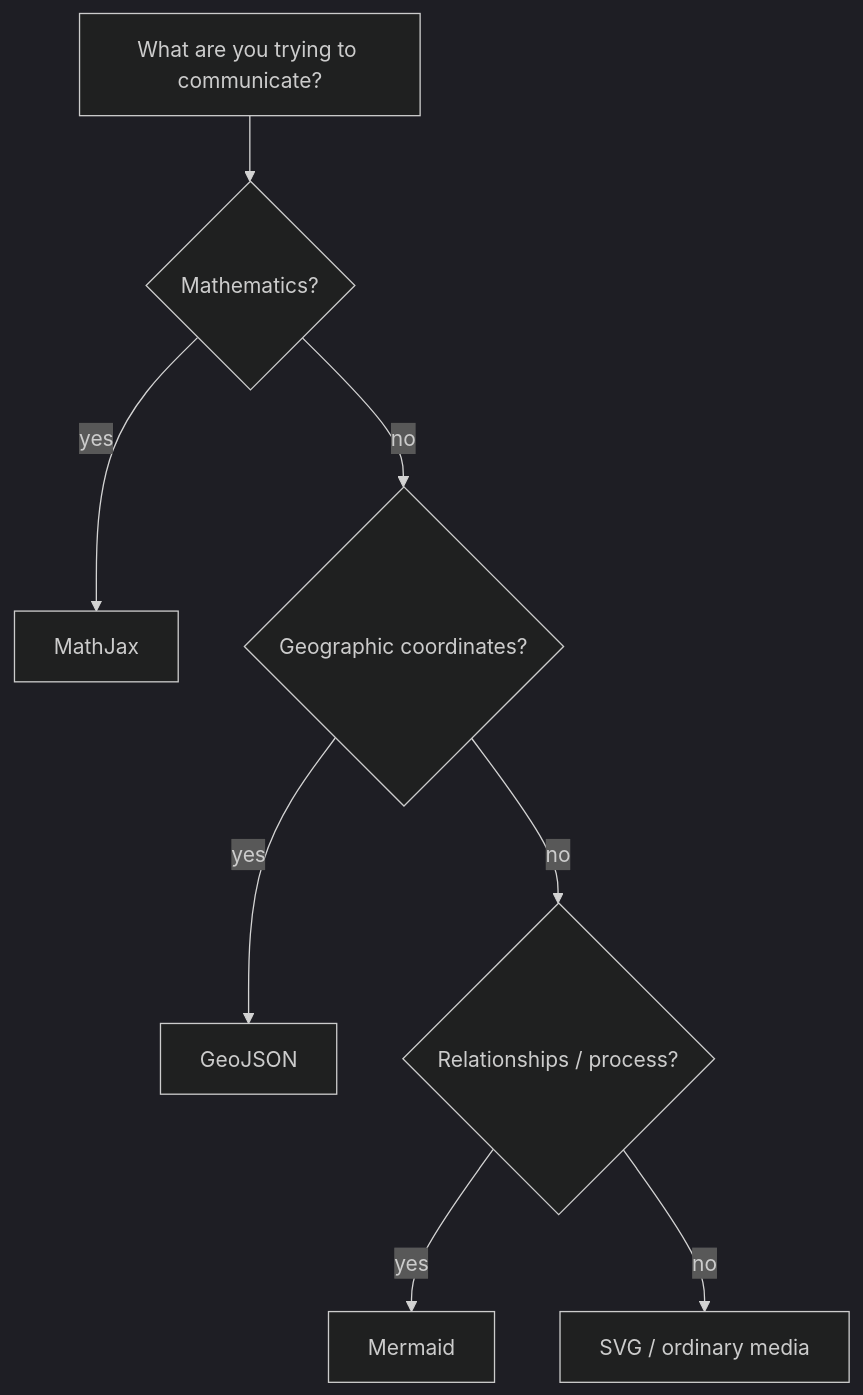
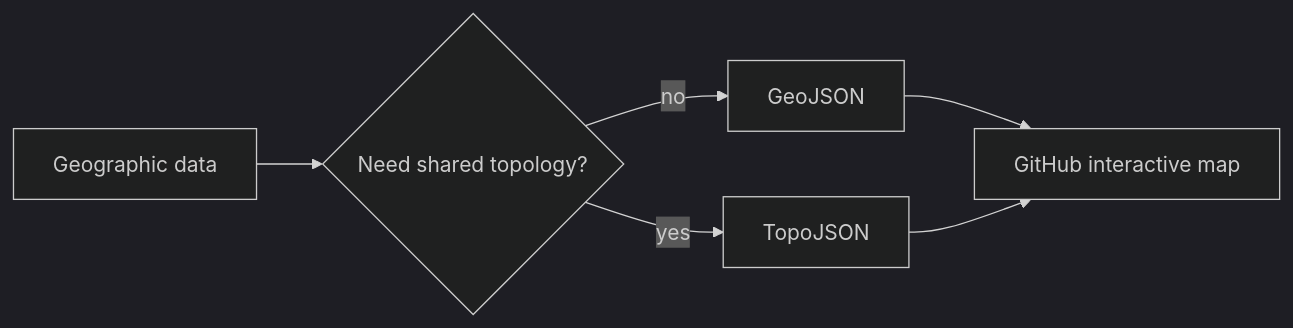
One commit to thiepn/markdown changed the fifth of 6 diagrams in README.md. Above: the diagram before and after it, drawn with Mermaid (dark theme). The commit also changed other lines of this file, not shown here.

Commit message:
M11: build interactive TopoJSON topology showcase

````diff
--- a/README.md
+++ b/README.md
@@ -1456,11 +1206,8 @@
 ```mermaid
-flowchart TD
-    NEED[What are you trying to communicate?]
-    NEED --> MATH{Mathematics?}
-    MATH -- yes --> MJ[MathJax]
-    MATH -- no --> GEO{Geographic coordinates?}
-    GEO -- yes --> GJ[GeoJSON]
-    GEO -- no --> REL{Relationships / process?}
-    REL -- yes --> MM[Mermaid]
-    REL -- no --> SVG[SVG / ordinary media]
+flowchart LR
+    DATA[Geographic data] --> Q{Need shared topology?}
+    Q -- no --> GJ[GeoJSON]
+    Q -- yes --> TJ[TopoJSON]
+    GJ --> MAP[GitHub interactive map]
+    TJ --> MAP
 ```
````
